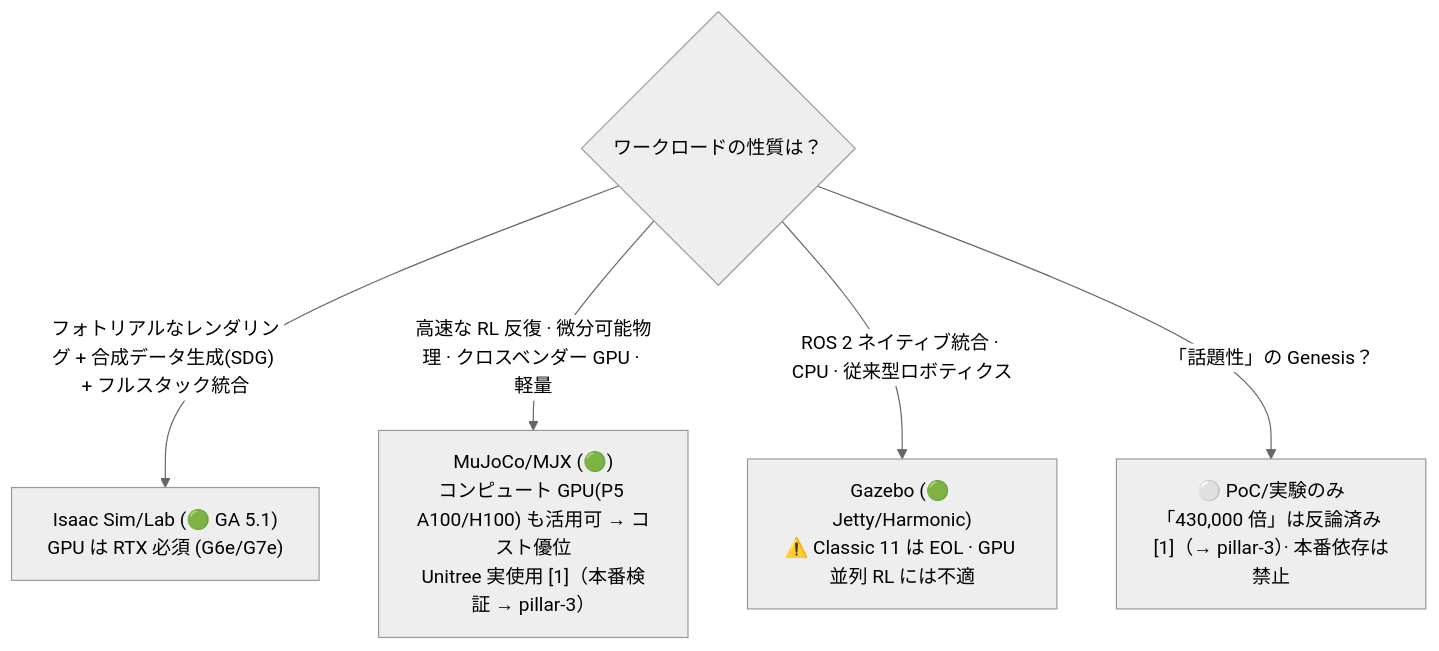
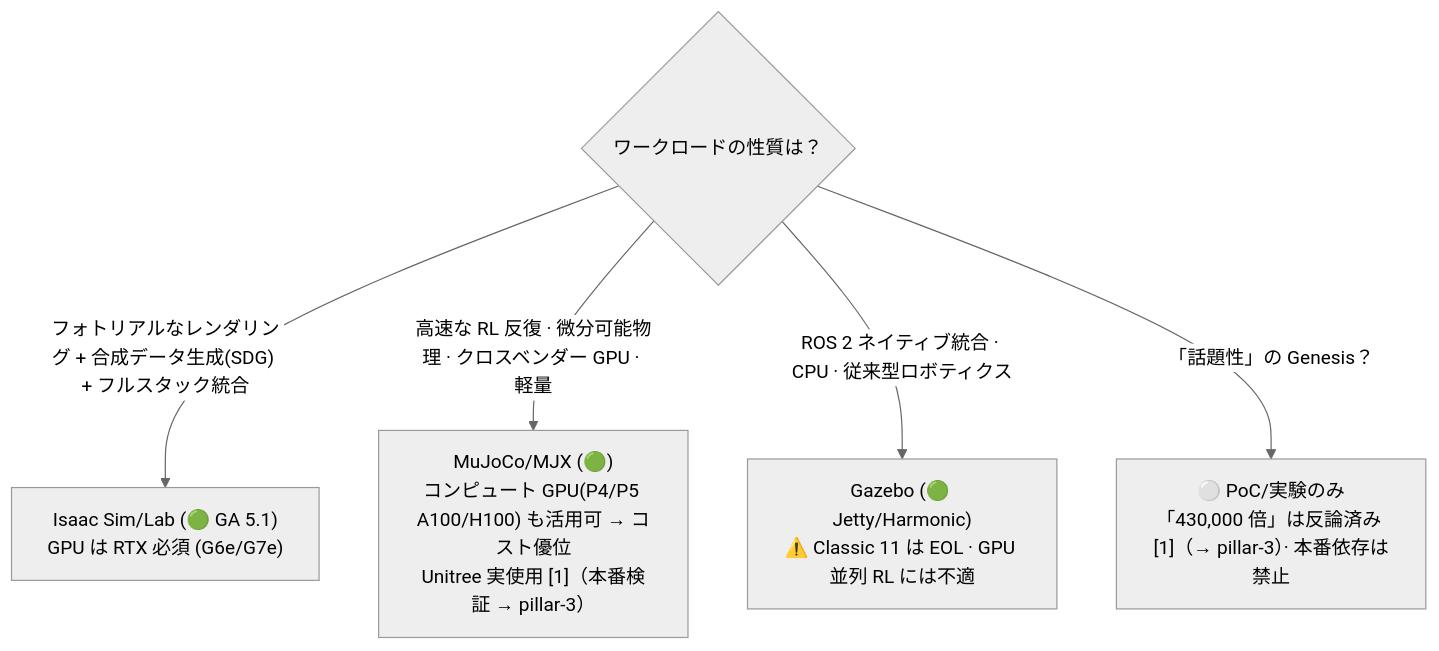
The first of 2 diagrams in docs/decisions.ja.md (comeddy/pai-playbook), drawn with Mermaid (neutral theme) before and after one commit. The commit also changed other lines of this file and 79 other files, not shown here.

````diff
--- a/docs/decisions.ja.md
+++ b/docs/decisions.ja.md
@@ -47,8 +37,8 @@
 ```mermaid
 graph TD
     Q{ワークロードの性質は？}
     Q -- "フォトリアルなレンダリング + 合成データ生成(SDG) + フルスタック統合" --> ISAAC["Isaac Sim/Lab (🟢 GA 5.1)<br>GPU は RTX 必須 (G6e/G7e)"]
-    Q -- "高速な RL 反復 · 微分可能物理 · クロスベンダー GPU · 軽量" --> MUJOCO["MuJoCo/MJX (🟢)<br>コンピュート GPU(P5 A100/H100) も活用可 → コスト優位<br>Unitree 実使用 [1]（本番検証 → pillar-3）"]
+    Q -- "高速な RL 反復 · 微分可能物理 · クロスベンダー GPU · 軽量" --> MUJOCO["MuJoCo/MJX (🟢)<br>コンピュート GPU(P4/P5 A100/H100) も活用可 → コスト優位<br>Unitree 実使用 [1]（本番検証 → pillar-3）"]
     Q -- "ROS 2 ネイティブ統合 · CPU · 従来型ロボティクス" --> GAZEBO["Gazebo (🟢 Jetty/Harmonic)<br>⚠️ Classic 11 は EOL · GPU 並列 RL には不適"]
     Q -- "「話題性」の Genesis？" --> GENESIS["⚪ PoC/実験のみ<br>「430,000 倍」は反論済み [1]（→ pillar-3）· 本番依存は禁止"]
 ```
````
